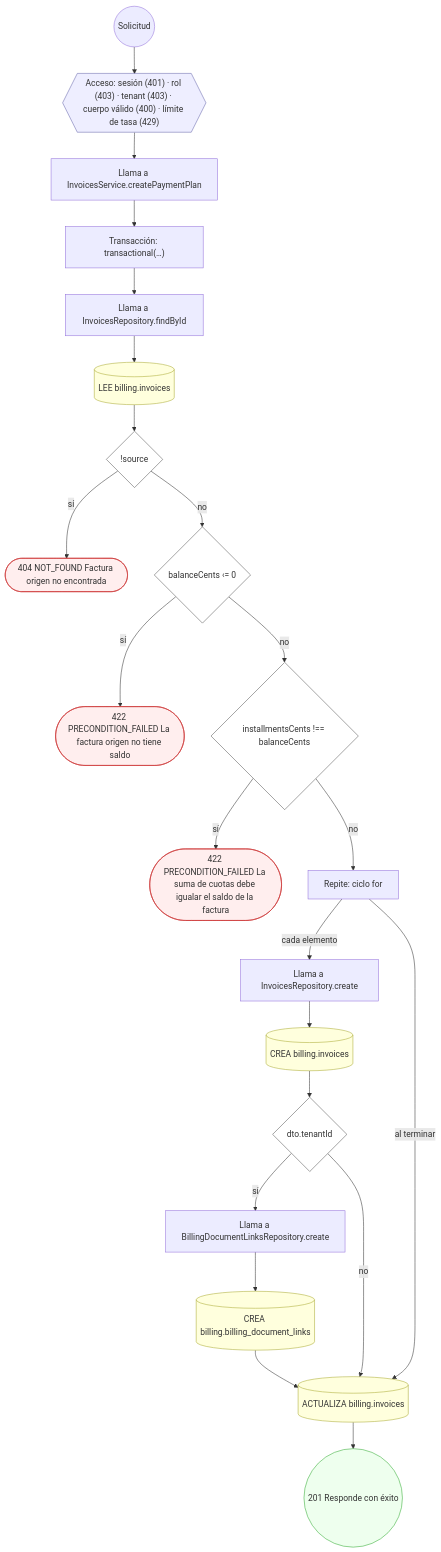
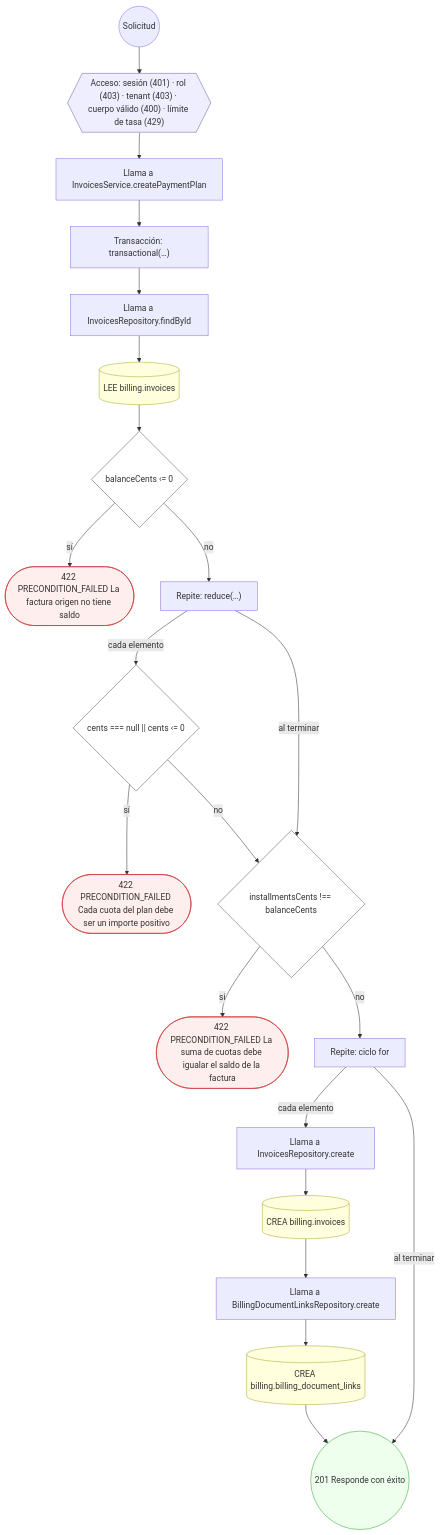
Diagram 14 of 34 in docs/inventario/flujos/billing.md (mdavila-2001/mantra-core-health-api), drawn with Mermaid before and after one commit. The commit also changed other lines of this file and 438 other files, not shown here.

````diff
--- a/docs/inventario/flujos/billing.md
+++ b/docs/inventario/flujos/billing.md
@@ -1037,50 +1050,48 @@
 ```mermaid
 flowchart TD
   n1(("Solicitud")):::inicio
   n2{{"Acceso: sesión (401) · rol (403) · tenant (403) · cuerpo válido (400) · límite de tasa (429)"}}:::acceso
   n1 --> n2
   n3["Llama a InvoicesService.createPaymentPlan"]:::llamada
   n2 --> n3
   n4["Transacción: transactional(…)"]:::transaccion
   n3 --> n4
   n5["Llama a InvoicesRepository.findById"]:::llamada
   n4 --> n5
   n6[("LEE billing.invoices")]:::efecto
   n5 --> n6
-  n7{"!source"}:::decision
+  n7{"balanceCents ‹= 0"}:::decision
   n6 --> n7
-  n8(["404 NOT_FOUND Factura origen no encontrada"]):::error
+  n8(["422 PRECONDITION_FAILED La factura origen no tiene saldo"]):::error
   n7 -->|"sí"| n8
-  n9{"balanceCents ‹= 0"}:::decision
+  n9["Repite: reduce(…)"]:::bucle
   n7 -->|"no"| n9
-  n10(["422 PRECONDITION_FAILED La factura origen no tiene saldo"]):::error
-  n9 -->|"sí"| n10
-  n11{"installmentsCents !== balanceCents"}:::decision
-  n9 -->|"no"| n11
-  n12(["422 PRECONDITION_FAILED La suma de cuotas debe igualar el saldo de la factura"]):::error
-  n11 -->|"sí"| n12
-  n13["Repite: ciclo for"]:::bucle
-  n11 -->|"no"| n13
-  n14["Llama a InvoicesRepository.create"]:::llamada
-  n13 -->|"cada elemento"| n14
-  n15[("CREA billing.invoices")]:::efecto
-  n14 --> n15
-  n16{"dto.tenantId"}:::decision
+  n10{"cents === null || cents ‹= 0"}:::decision
+  n9 -->|"cada elemento"| n10
+  n11(["422 PRECONDITION_FAILED Cada cuota del plan debe ser un importe positivo"]):::error
+  n10 -->|"sí"| n11
+  n12{"installmentsCents !== balanceCents"}:::decision
+  n10 -->|"no"| n12
+  n9 -->|"al terminar"| n12
+  n13(["422 PRECONDITION_FAILED La suma de cuotas debe igualar el saldo de la factura"]):::error
+  n12 -->|"sí"| n13
+  n14["Repite: ciclo for"]:::bucle
+  n12 -->|"no"| n14
+  n15["Llama a InvoicesRepository.create"]:::llamada
+  n14 -->|"cada elemento"| n15
+  n16[("CREA billing.invoices")]:::efecto
   n15 --> n16
   n17["Llama a BillingDocumentLinksRepository.create"]:::llamada
-  n16 -->|"sí"| n17
+  n16 --> n17
   n18[("CREA billing.billing_document_links")]:::efecto
   n17 --> n18
-  n19[("ACTUALIZA billing.invoices")]:::efecto
+  n19(("201 Responde con éxito")):::ok
   n18 --> n19
-  n16 -->|"no"| n19
-  n13 -->|"al terminar"| n19
-  n20(("201 Responde con éxito")):::ok
-  n19 --> n20
+  n14 -->|"al terminar"| n19
   classDef acceso fill:#eef,stroke:#66a
   classDef error fill:#fee,stroke:#c33
   classDef ok fill:#efe,stroke:#3a3
   classDef efecto fill:#ffd,stroke:#aa3
   classDef decision fill:#fff,stroke:#555
   classDef corte fill:#eee,stroke:#999,stroke-dasharray: 4
 ```
````
